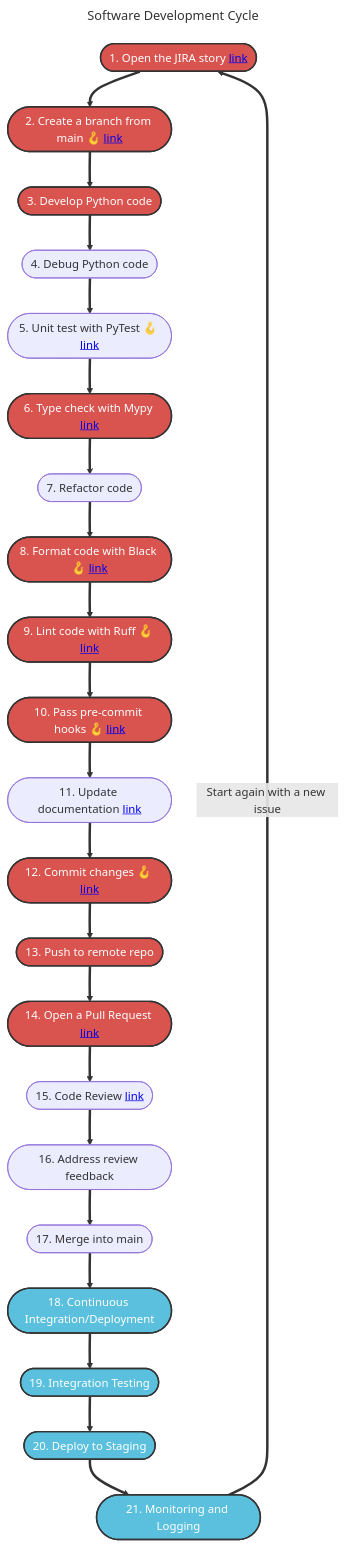
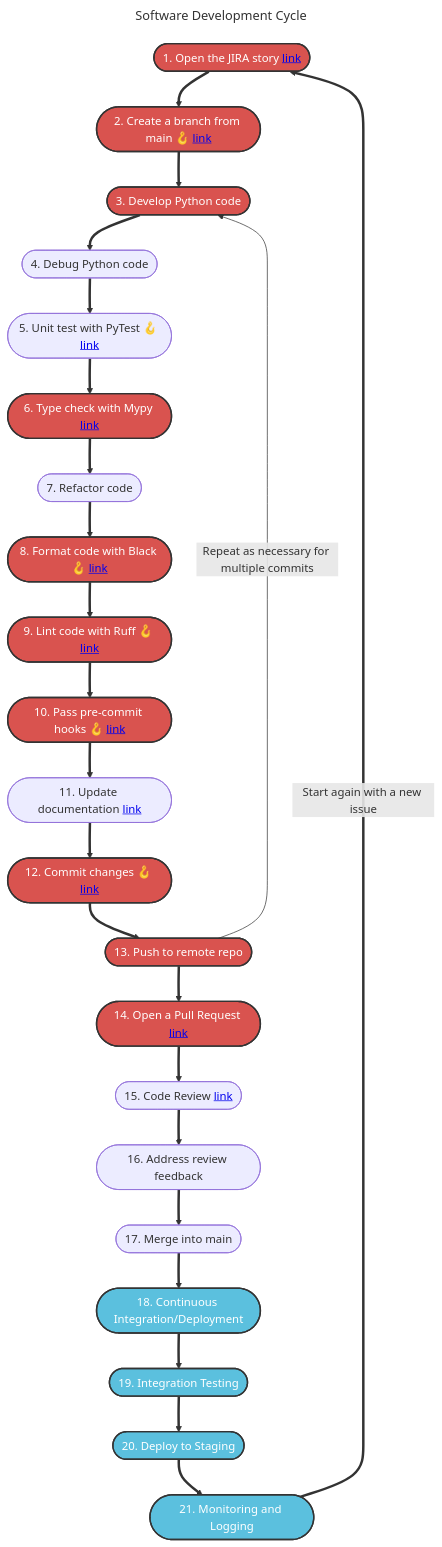
The diagram in docs/getting-started/software-development-lifecycle.md (markeyser/cookiecutter-collabora), drawn with Mermaid before and after one commit.

Commit message:
Create another inner cycle in the software development cylce doc Fixes #36

````diff
--- a/docs/getting-started/software-development-lifecycle.md
+++ b/docs/getting-started/software-development-lifecycle.md
@@ -9,32 +9,33 @@
 ```mermaid
 ---
 title: Software Development Cycle
 ---
 flowchart TB
   A([1. Open the JIRA story <a href='https://markeyser.github.io/cookiecutter-collabora/how-to-guides/jira-story-best-practices/?h=jira'>link</a>]) ==> B([2. Create a branch from main 🪝 <a href='https://markeyser.github.io/cookiecutter-collabora/how-to-guides/git-branch-naming-standards/'>link</a>])
   B ==> C([3. Develop Python code])
   C ==> D([4. Debug Python code])
   D ==> E([5. Unit test with PyTest 🪝 <a href='https://markeyser.github.io/cookiecutter-collabora/how-to-guides/pytest-inroduction-guide/'>link</a>])
   E ==> F([6. Type check with Mypy <a href='https://markeyser.github.io/cookiecutter-collabora/how-to-guides/type-checking-mypy/?h=type+che'>link</a>])
   F ==> G([7. Refactor code])
   G ==> H([8. Format code with Black 🪝 <a href='https://markeyser.github.io/cookiecutter-collabora/tutorials/black-formatter/?h=black'>link</a>])
   H ==> I([9. Lint code with Ruff 🪝 <a href='https://markeyser.github.io/cookiecutter-collabora/tutorials/ruff-linter/?h=lint'>link</a>])
   I ==> J([10. Pass pre-commit hooks 🪝 <a href='https://markeyser.github.io/cookiecutter-collabora/how-to-guides/pre-commit-hooks-guide/'>link</a>])
   J ==> K([11. Update documentation <a href='https://markeyser.github.io/cookiecutter-collabora/tutorials/mkdocs-docs/?h=mkd'>link</a>])
   K ==> L([12. Commit changes 🪝 <a href='https://markeyser.github.io/cookiecutter-collabora/how-to-guides/commit-message-standards-ml/?h=commit'>link</a>])
   L ==> M([13. Push to remote repo])
+  M --> |Repeat as necessary for multiple commits|C
   M ==> N([14. Open a Pull Request <a href='https://markeyser.github.io/cookiecutter-collabora/how-to-guides/templates/?h=pull'>link</a>])
   N ==> O([15. Code Review <a href='https://markeyser.github.io/cookiecutter-collabora/how-to-guides/code-review-best-practices/?h=review'>link</a>])
   O ==> P([16. Address review feedback])
   P ==> Q([17. Merge into main])
   Q ==> R([18. Continuous Integration/Deployment])
   R ==> S([19. Integration Testing])
   S ==> T([20. Deploy to Staging])
   T ==> U([21. Monitoring and Logging])
   U ==> |Start again with a new issue|A
 
   classDef highlighted fill:#d9534f,stroke:#333,stroke-width:2px,color:#fff;
   classDef blue fill:#5bc0de,stroke:#333,stroke-width:2px,color:#fff;
   class A,B,C,F,H,I,J,L,M,N highlighted;
   class R,S,T,U blue;
 ```
````
